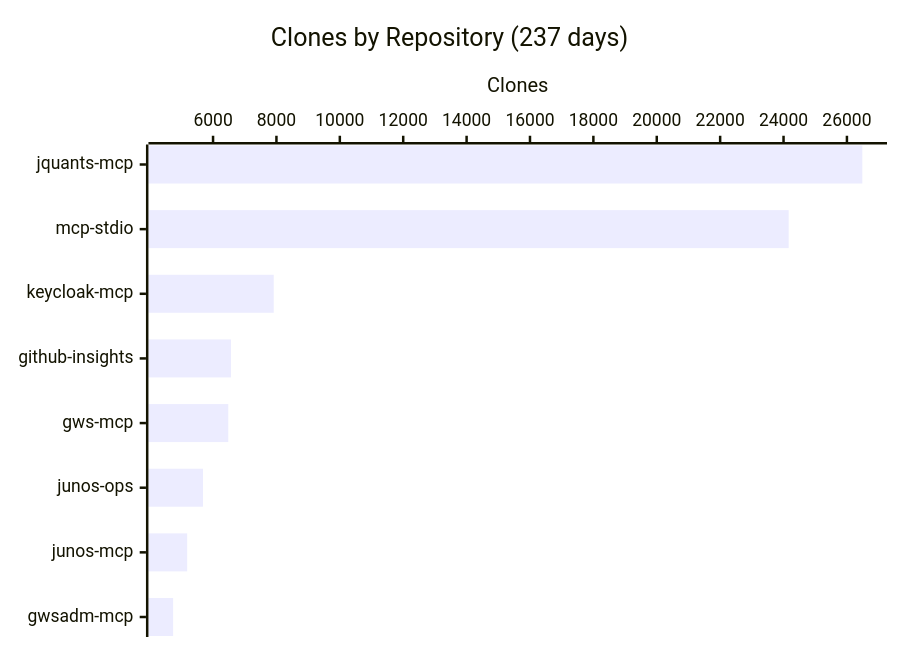
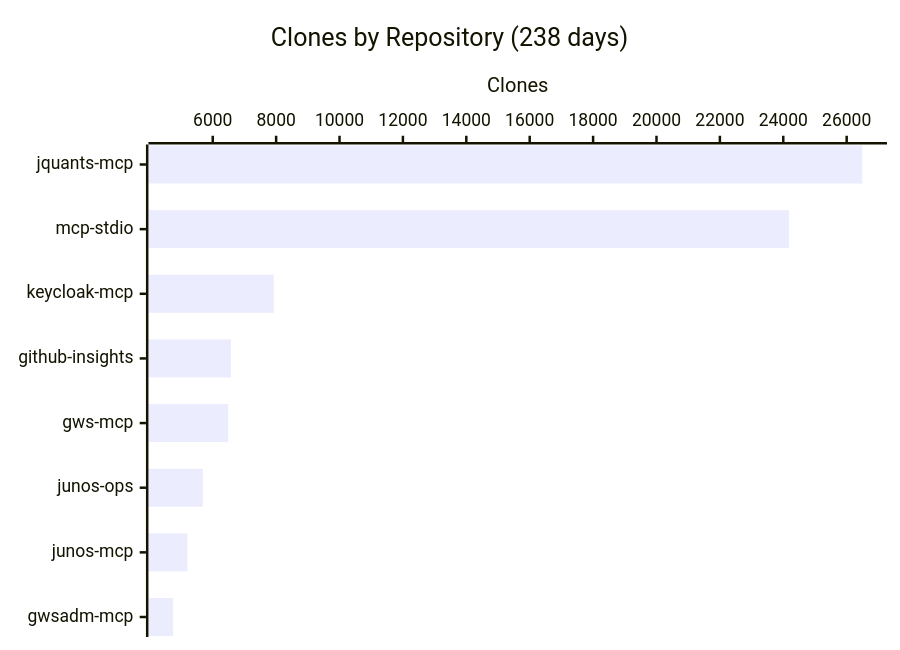
One commit to shigechika/github-insights changed the fourth of 4 diagrams in README.md. Above: the diagram before and after it, drawn with Mermaid. The commit also changed other lines of this file and 1 other file, not shown here.

````diff
--- a/README.md
+++ b/README.md
@@ -58,7 +58,7 @@
 ```mermaid
 xychart-beta horizontal
-    title "Clones by Repository (237 days)"
+    title "Clones by Repository (238 days)"
     x-axis ["jquants-mcp", "mcp-stdio", "keycloak-mcp", "github-insights", "gws-mcp", "junos-ops", "junos-mcp", "gwsadm-mcp"]
     y-axis "Clones"
-    bar [26486, 24162, 7914, 6565, 6481, 5682, 5184, 4740]
+    bar [26494, 24179, 7924, 6574, 6489, 5688, 5197, 4750]
 ```
````
